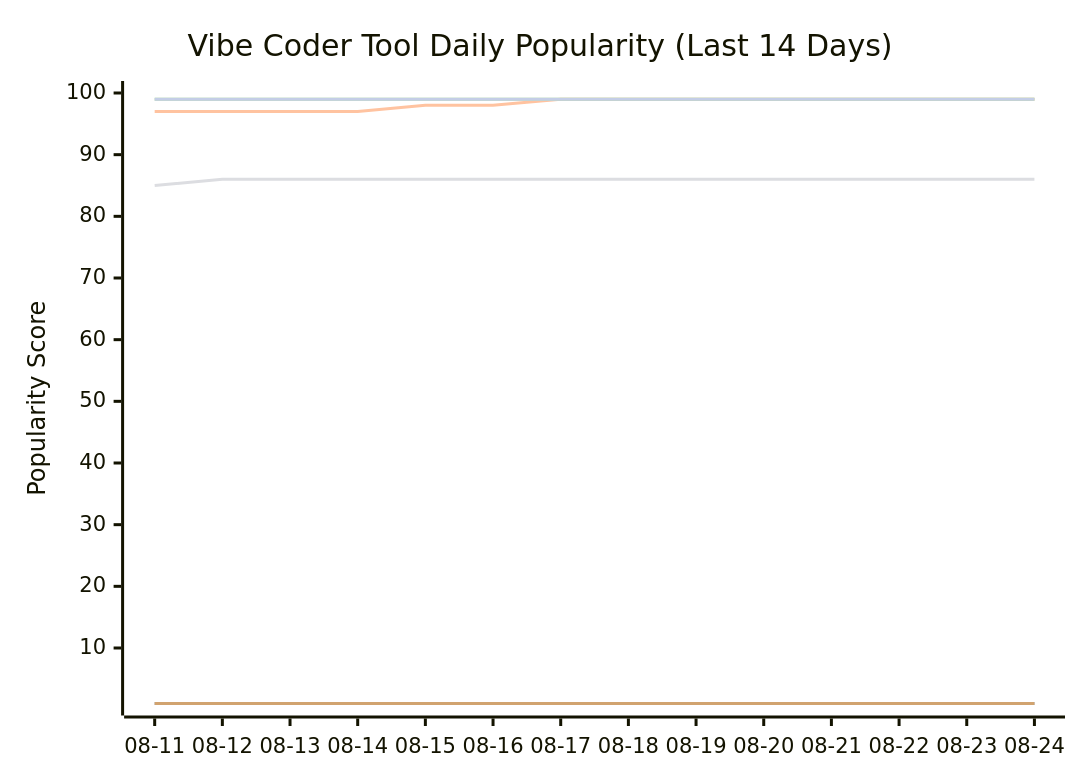
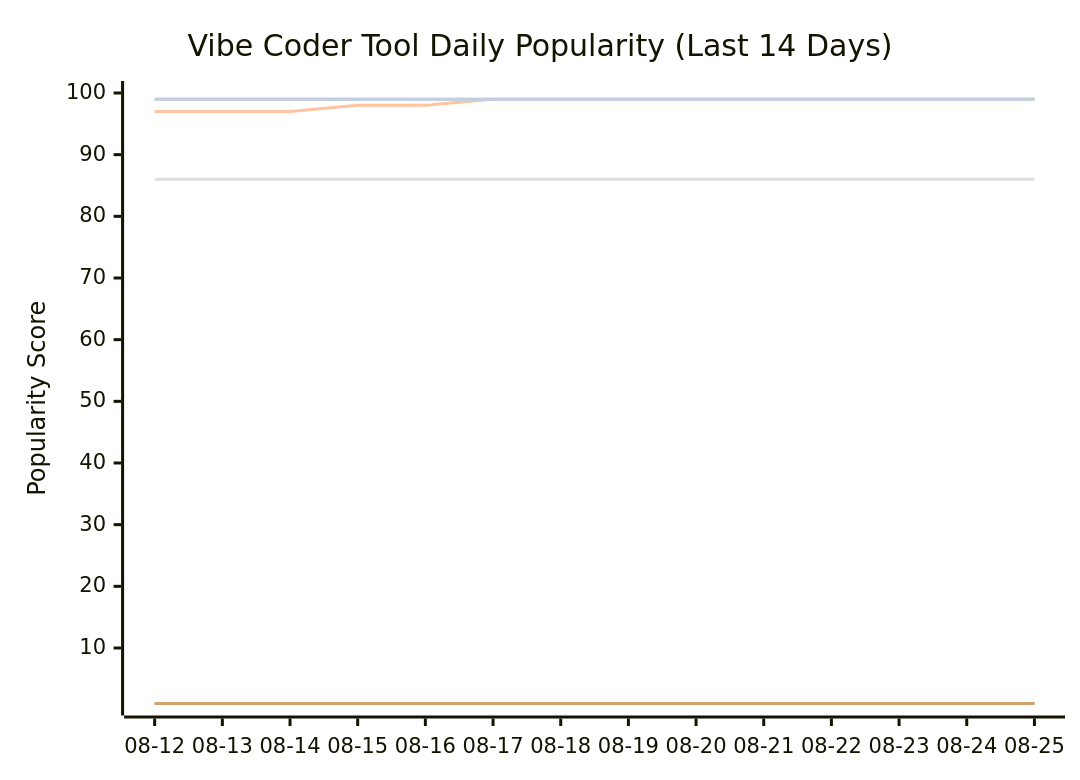
One commit to tykimos/ai-whatchelin changed the seventh of 11 diagrams in README.md. Above: the diagram before and after it, drawn with Mermaid. The commit also changed other lines of this file and 4 other files, not shown here.

````diff
--- a/README.md
+++ b/README.md
@@ -2333,13 +2333,13 @@
 ```mermaid
 xychart-beta
     title "Vibe Coder Tool Daily Popularity (Last 14 Days)"
-    x-axis ["08-11", "08-12", "08-13", "08-14", "08-15", "08-16", "08-17", "08-18", "08-19", "08-20", "08-21", "08-22", "08-23", "08-24"]
+    x-axis ["08-12", "08-13", "08-14", "08-15", "08-16", "08-17", "08-18", "08-19", "08-20", "08-21", "08-22", "08-23", "08-24", "08-25"]
     y-axis "Popularity Score" 1 --> 100
     line "Claude Code" [99, 99, 99, 99, 99, 99, 99, 99, 99, 99, 99, 99, 99, 99]
     line "GH Copilot" [1, 1, 1, 1, 1, 1, 1, 1, 1, 1, 1, 1, 1, 1]
-    line "Cursor" [97, 97, 97, 97, 98, 98, 99, 99, 99, 99, 99, 99, 99, 99]
-    line "Windsurf" [85, 86, 86, 86, 86, 86, 86, 86, 86, 86, 86, 86, 86, 86]
+    line "Cursor" [97, 97, 97, 98, 98, 99, 99, 99, 99, 99, 99, 99, 99, 99]
+    line "Windsurf" [86, 86, 86, 86, 86, 86, 86, 86, 86, 86, 86, 86, 86, 86]
     line "Codex CLI" [99, 99, 99, 99, 99, 99, 99, 99, 99, 99, 99, 99, 99, 99]
     line "Gemini CLI" [1, 1, 1, 1, 1, 1, 1, 1, 1, 1, 1, 1, 1, 1]
     line "Antigravity" [99, 99, 99, 99, 99, 99, 99, 99, 99, 99, 99, 99, 99, 99]
 ```
````
